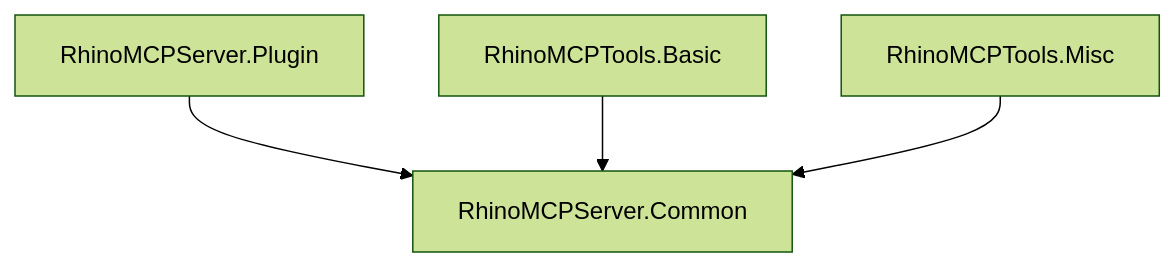
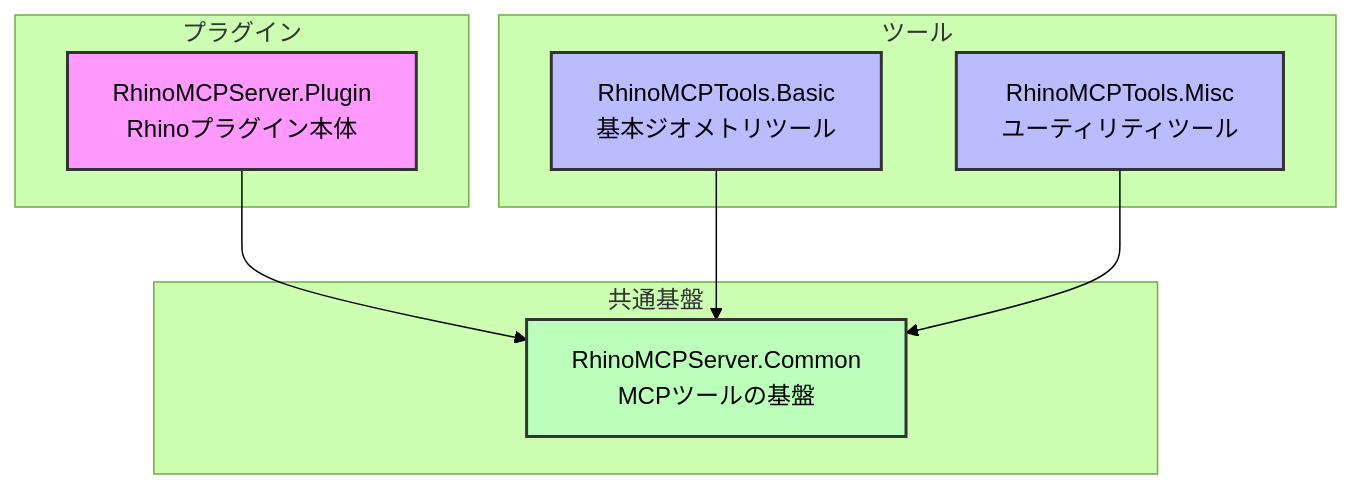
One commit to 4kk11/RhinoMCPServer changed the diagram in README.ja.md. Above: the diagram before and after it, drawn with Mermaid (forest theme). The commit also changed 1 other file, not shown here.

Commit message:
Update: README

````diff
--- a/README.ja.md
+++ b/README.ja.md
@@ -18,6 +18,28 @@
 ```mermaid
-graph TD
-    A[RhinoMCPServer.Plugin] --> B[RhinoMCPServer.Common]
-    C[RhinoMCPTools.Basic] --> B
-    D[RhinoMCPTools.Misc] --> B
+graph TB
+    subgraph プラグイン
+        A[RhinoMCPServer.Plugin<br>Rhinoプラグイン本体]
+    end
+
+    subgraph 共通基盤
+        B[RhinoMCPServer.Common<br>MCPツールの基盤]
+    end
+
+    subgraph ツール
+        C[RhinoMCPTools.Basic<br>基本ジオメトリツール]
+        D[RhinoMCPTools.Misc<br>ユーティリティツール]
+    end
+
+
+    A --> B
+    C --> B
+    D --> B
+
+    classDef plugin fill:#f9f,stroke:#333,stroke-width:2px;
+    classDef common fill:#bfb,stroke:#333,stroke-width:2px;
+    classDef tools fill:#bbf,stroke:#333,stroke-width:2px;
+
+    class A plugin;
+    class B common;
+    class C,D tools;
 ```
````
